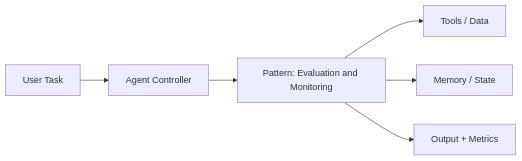
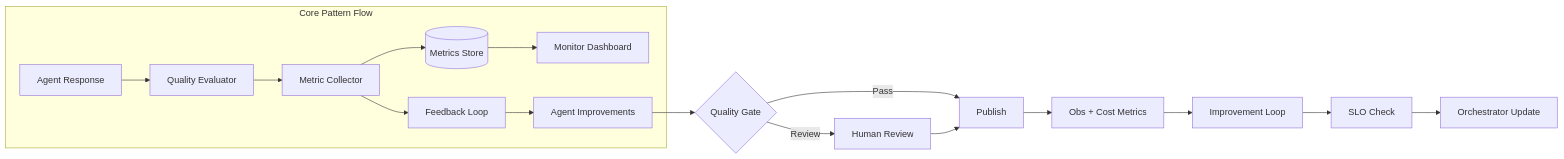
The diagram in notebooks/level_04_production_agent_systems/19_evaluation_and_monitoring_architecture.md (vivekreeves/agentic-design-patterns-lab), drawn with Mermaid before and after one commit. The commit also changed 71 other files, not shown here.

````diff
--- a/notebooks/level_04_production_agent_systems/19_evaluation_and_monitoring_architecture.md
+++ b/notebooks/level_04_production_agent_systems/19_evaluation_and_monitoring_architecture.md
@@ -5,8 +5,19 @@
 ```mermaid
 flowchart LR
-  Q[User Task] --> A[Agent Controller]
-  A --> P[Pattern: Evaluation and Monitoring]
-  P --> T[Tools / Data]
-  P --> M[Memory / State]
-  P --> O[Output + Metrics]
+  subgraph CoreFlow[Core Pattern Flow]
+    R[Agent Response] --> EV[Quality Evaluator]
+    EV --> M[Metric Collector]
+    M --> DB[(Metrics Store)]
+    DB --> DS[Monitor Dashboard]
+    M --> FB[Feedback Loop]
+    FB --> AG[Agent Improvements]
+  end
+  AG --> QG{Quality Gate}
+  QG -->|Pass| PUB[Publish]
+  QG -->|Review| HREV[Human Review]
+  HREV --> PUB
+  PUB --> OBS[Obs + Cost Metrics]
+  OBS --> LOOP[Improvement Loop]
+  LOOP --> SLO[SLO Check]
+  SLO --> ORCH[Orchestrator Update]
 ```
````
